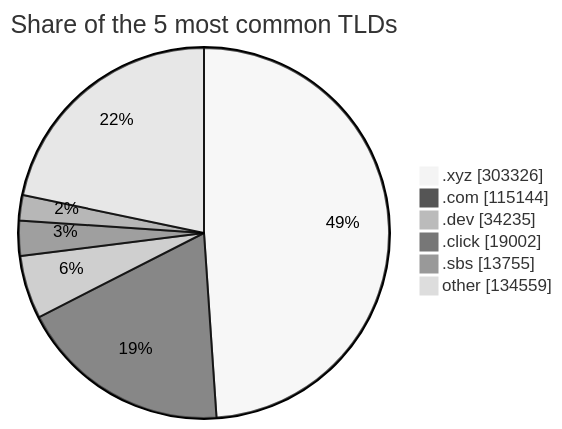
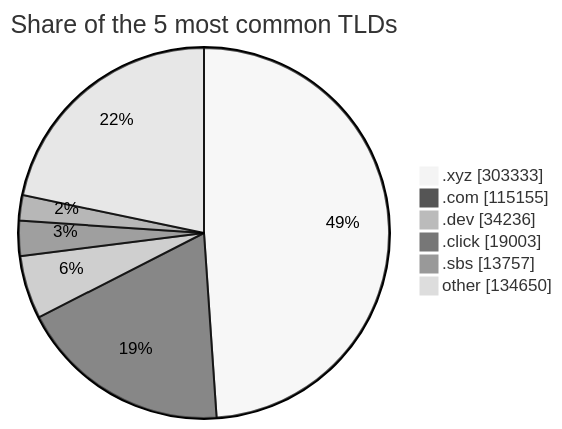
The third of 3 diagrams in README.md (DNSBunker/CTI), drawn with Mermaid (neutral theme) before and after one commit. The commit also changed other lines of this file and 3 other files, not shown here.

````diff
--- a/README.md
+++ b/README.md
@@ -81,9 +81,9 @@
 ```mermaid
 pie showData title Share of the 5 most common TLDs
-    ".xyz" : 303326
-    ".com" : 115144
-    ".dev" : 34235
-    ".click" : 19002
-    ".sbs" : 13755
-    "other" : 134559
+    ".xyz" : 303333
+    ".com" : 115155
+    ".dev" : 34236
+    ".click" : 19003
+    ".sbs" : 13757
+    "other" : 134650
 ```
````
